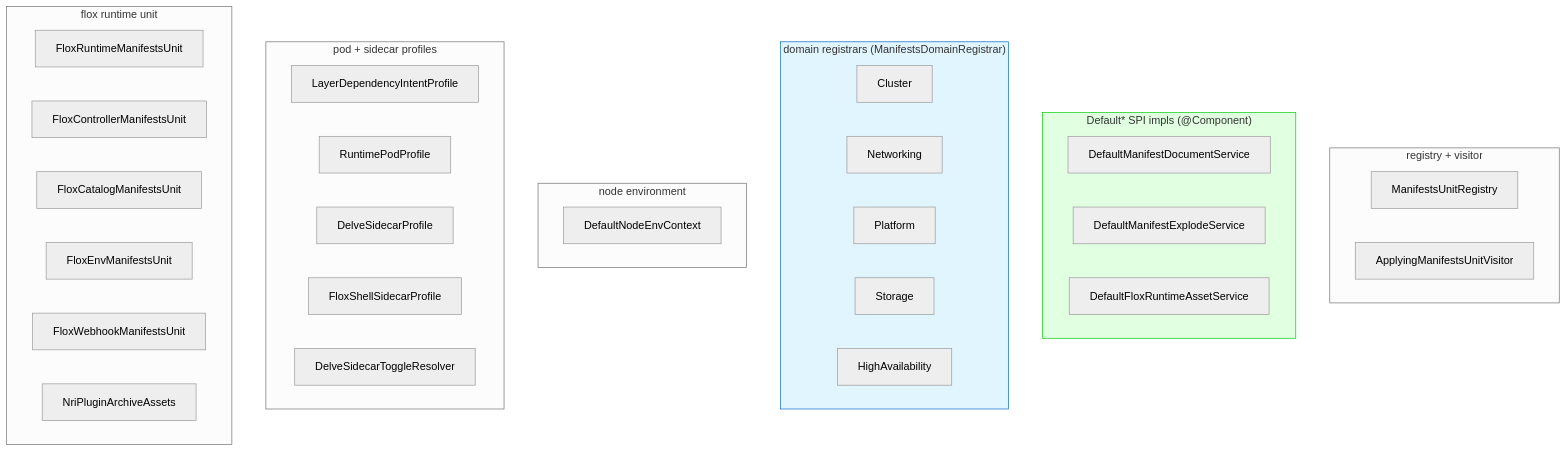
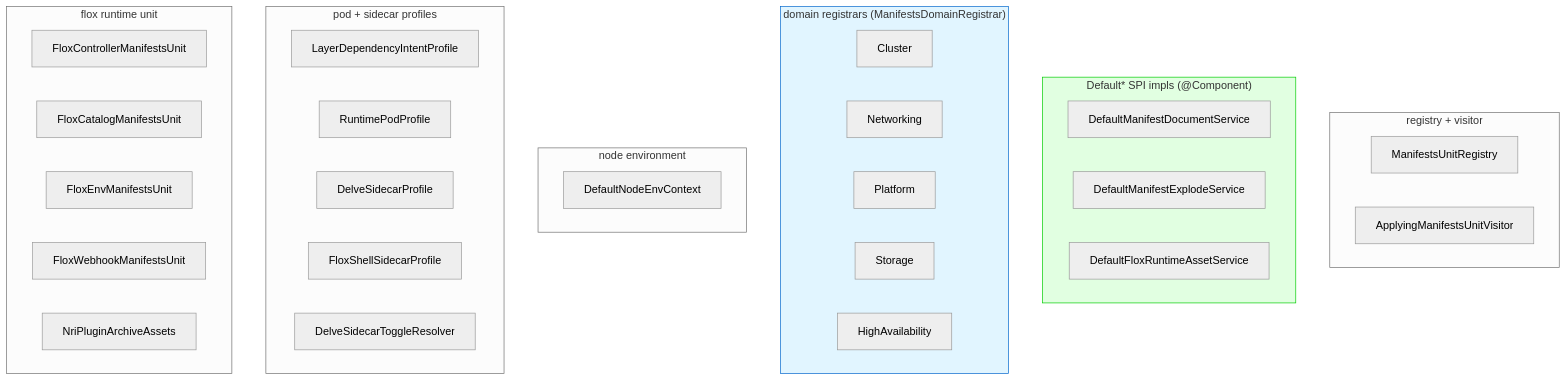
The sixth of 6 diagrams in docs/architecture/manifests/manifests-architecture.adoc (nxmatic/rke2lab), drawn with Mermaid (neutral theme) before and after one commit. The commit also changed other lines of this file and 3 other files, not shown here.

```diff
--- a/docs/architecture/manifests/manifests-architecture.adoc
+++ b/docs/architecture/manifests/manifests-architecture.adoc
@@ -536,40 +536,39 @@
 [mermaid]
 ----
 graph TB
     subgraph reg["registry + visitor"]
       RG["ManifestsUnitRegistry"]
       VIS["ApplyingManifestsUnitVisitor"]
     end
     subgraph svc["Default* SPI impls (@Component)"]
       DDOC["DefaultManifestDocumentService"]
       DEXP["DefaultManifestExplodeService"]
       DFLOX["DefaultFloxRuntimeAssetService"]
     end
     subgraph regs["domain registrars (ManifestsDomainRegistrar)"]
       RC["Cluster"]
       RN["Networking"]
       RP["Platform"]
       RS["Storage"]
       RH["HighAvailability"]
     end
     subgraph node["node environment"]
       DNEC["DefaultNodeEnvContext"]
     end
     subgraph prof["pod + sidecar profiles"]
       LDIP["LayerDependencyIntentProfile"]
       RPP["RuntimePodProfile"]
       DSP["DelveSidecarProfile"]
       FSSP["FloxShellSidecarProfile"]
       DSTR["DelveSidecarToggleResolver"]
     end
     subgraph flox["flox runtime unit"]
-      FRMU["FloxRuntimeManifestsUnit"]
       FCMU["FloxControllerManifestsUnit"]
       FFCU["FloxCatalogManifestsUnit"]
       FEMU["FloxEnvManifestsUnit"]
       FWMU["FloxWebhookManifestsUnit"]
       NRI["NriPluginArchiveAssets"]
     end
     style svc fill:#e1ffe1,stroke:#00cc00
     style regs fill:#e1f5ff,stroke:#0066cc
 ----
```
